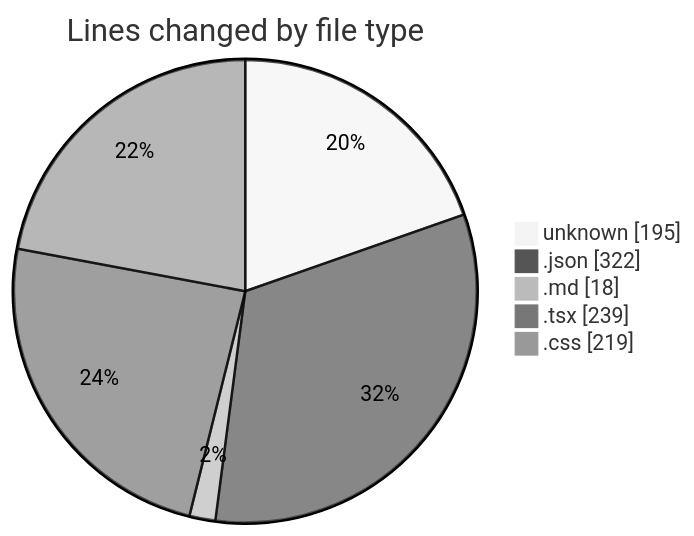
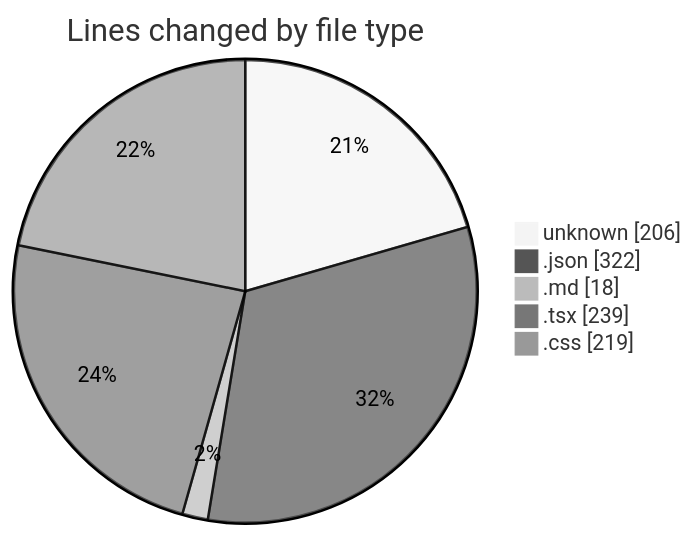
The first of 2 diagrams in 2025-08-07/ribbon/README.md (EIIisD/code-tracking), drawn with Mermaid (neutral theme) before and after one commit. The commit also changed other lines of this file and 1 other file, not shown here.

````diff
--- a/2025-08-07/ribbon/README.md
+++ b/2025-08-07/ribbon/README.md
@@ -28,9 +28,9 @@
 ```mermaid
 pie showData
 title Lines changed by file type
-"unknown" : 195
+"unknown" : 206
 ".json" : 322
 ".md" : 18
 ".tsx" : 239
 ".css" : 219
 ```
````
